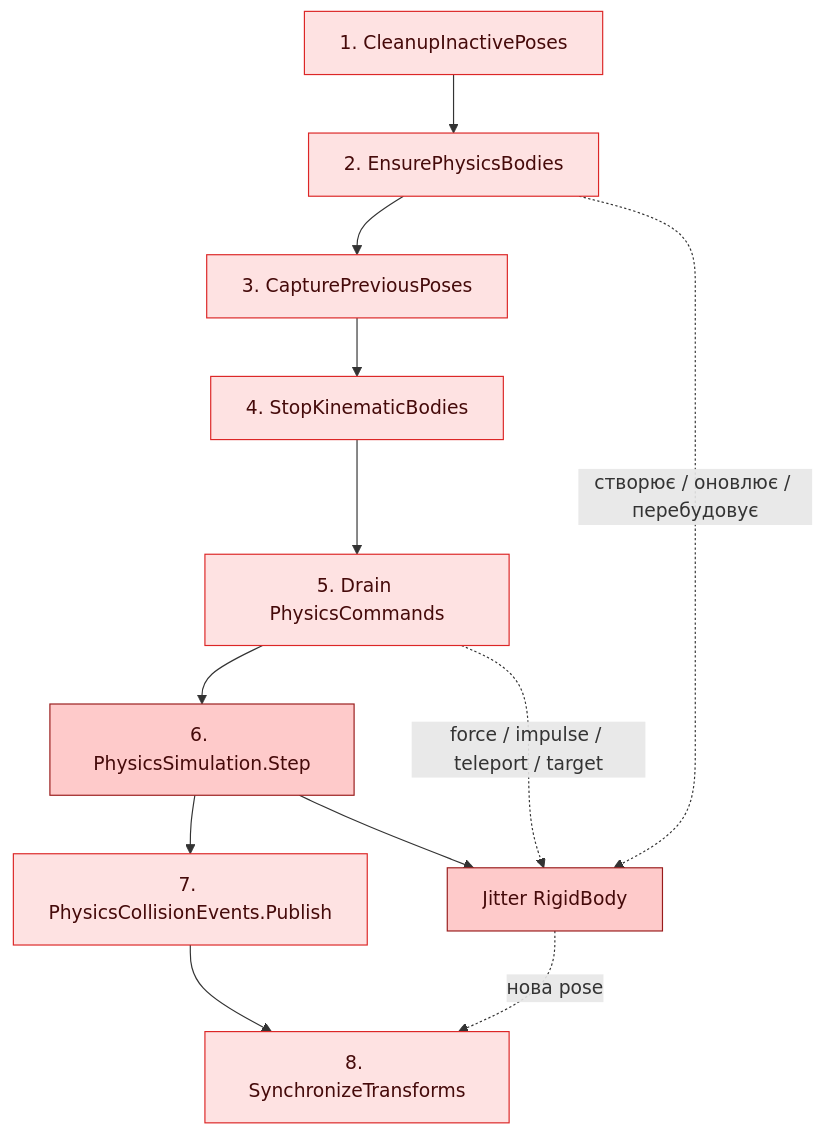
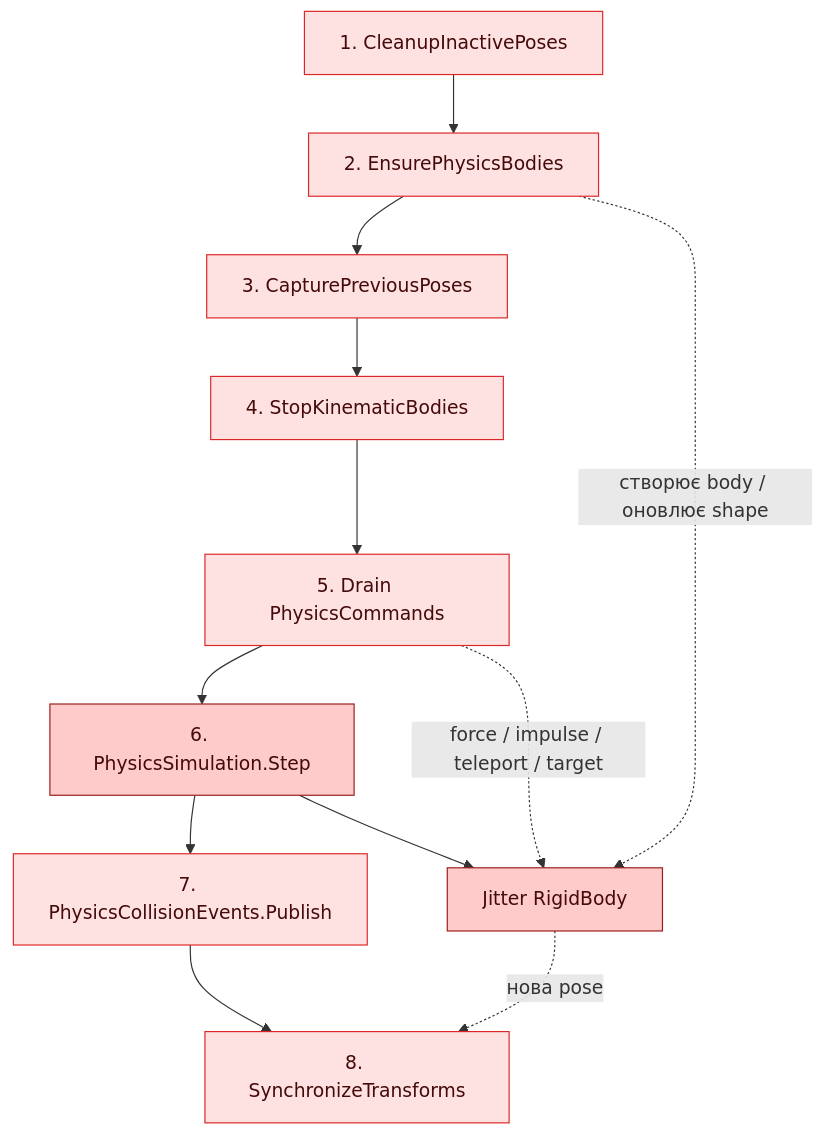
One commit to 7wai7/MonoGame-project changed the second of 3 diagrams in docs/diagrams/05-physics-fixed-step.md. Above: the diagram before and after it, drawn with Mermaid. The commit also changed other lines of this file and 14 other files, not shown here.

```diff
--- a/docs/diagrams/05-physics-fixed-step.md
+++ b/docs/diagrams/05-physics-fixed-step.md
@@ -38,21 +38,21 @@
 ~~~mermaid
 flowchart TD
     A["1. CleanupInactivePoses"] --> B["2. EnsurePhysicsBodies"]
     B --> C["3. CapturePreviousPoses"]
     C --> D["4. StopKinematicBodies"]
     D --> E["5. Drain PhysicsCommands"]
     E --> F["6. PhysicsSimulation.Step"]
     F --> G["7. PhysicsCollisionEvents.Publish"]
     G --> H["8. SynchronizeTransforms"]
 
-    B -. "створює / оновлює / перебудовує" .-> Native["Jitter RigidBody"]
+    B -. "створює body / оновлює shape" .-> Native["Jitter RigidBody"]
     E -. "force / impulse / teleport / target" .-> Native
     F --> Native
     Native -. "нова pose" .-> H
 
     classDef ecs fill:#fef3c7,stroke:#d97706,color:#451a03
     classDef physics fill:#fee2e2,stroke:#dc2626,color:#450a0a
     classDef native fill:#fecaca,stroke:#991b1b,color:#450a0a
     class A,B,C,D,E,G,H physics
     class F,Native native
 ~~~
```
